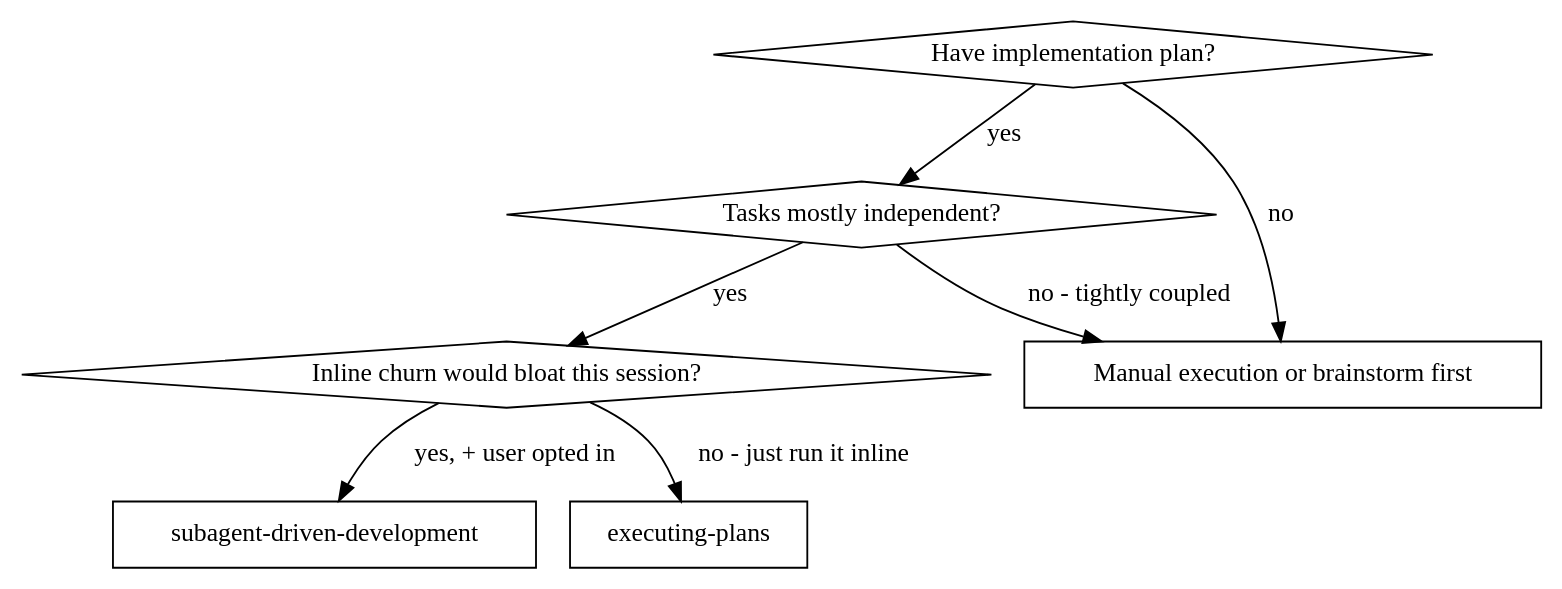
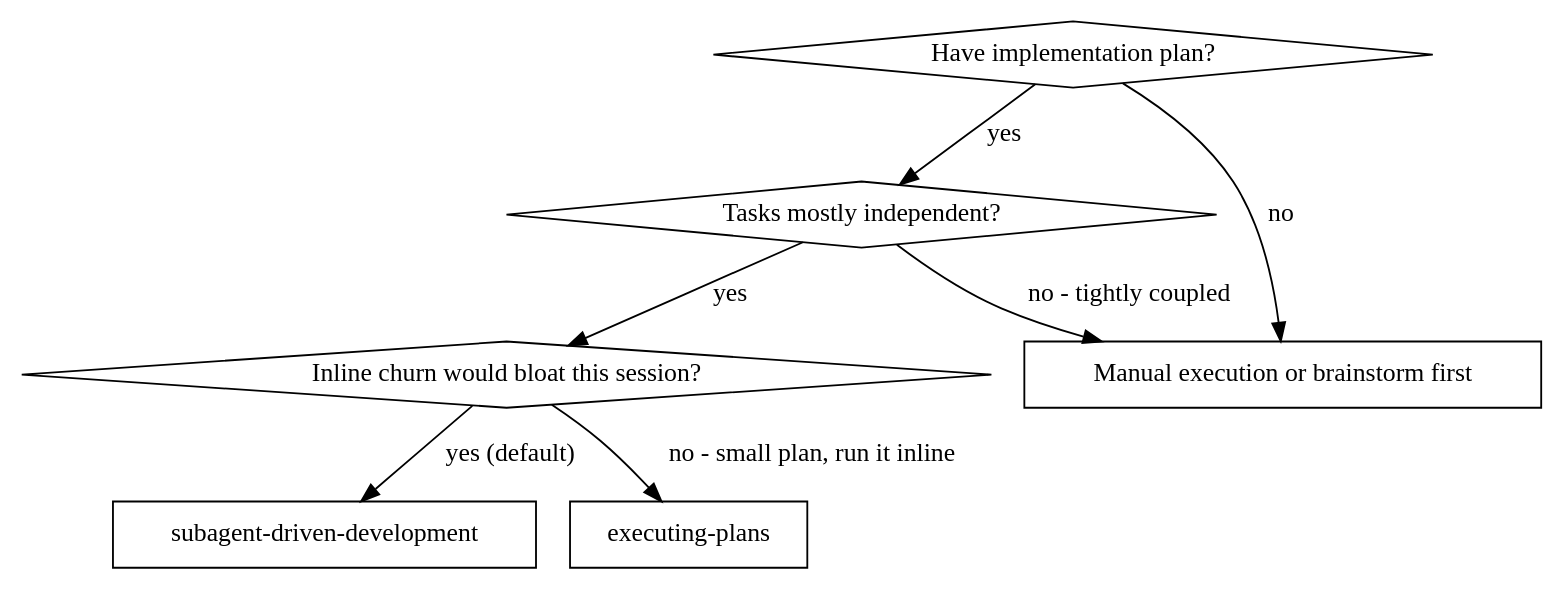
Before and after one commit to iamsdas/agent-skills: the first of 2 diagrams in development/skills/subagent-driven-development/SKILL.md, drawn with Graphviz. The commit also changed other lines of this file and 3 other files, not shown here.

First line of the commit message:
feat: make subagent-driven-development the default executor + bridge planning KB

````diff
--- a/development/skills/subagent-driven-development/SKILL.md
+++ b/development/skills/subagent-driven-development/SKILL.md
@@ -26,17 +26,17 @@
 ```dot
 digraph when_to_use {
     "Have implementation plan?" [shape=diamond];
     "Tasks mostly independent?" [shape=diamond];
     "Inline churn would bloat this session?" [shape=diamond];
     "subagent-driven-development" [shape=box];
     "executing-plans" [shape=box];
     "Manual execution or brainstorm first" [shape=box];
 
     "Have implementation plan?" -> "Tasks mostly independent?" [label="yes"];
     "Have implementation plan?" -> "Manual execution or brainstorm first" [label="no"];
     "Tasks mostly independent?" -> "Inline churn would bloat this session?" [label="yes"];
     "Tasks mostly independent?" -> "Manual execution or brainstorm first" [label="no - tightly coupled"];
-    "Inline churn would bloat this session?" -> "subagent-driven-development" [label="yes, + user opted in"];
-    "Inline churn would bloat this session?" -> "executing-plans" [label="no - just run it inline"];
+    "Inline churn would bloat this session?" -> "subagent-driven-development" [label="yes (default)"];
+    "Inline churn would bloat this session?" -> "executing-plans" [label="no - small plan, run it inline"];
 }
 ```
````
